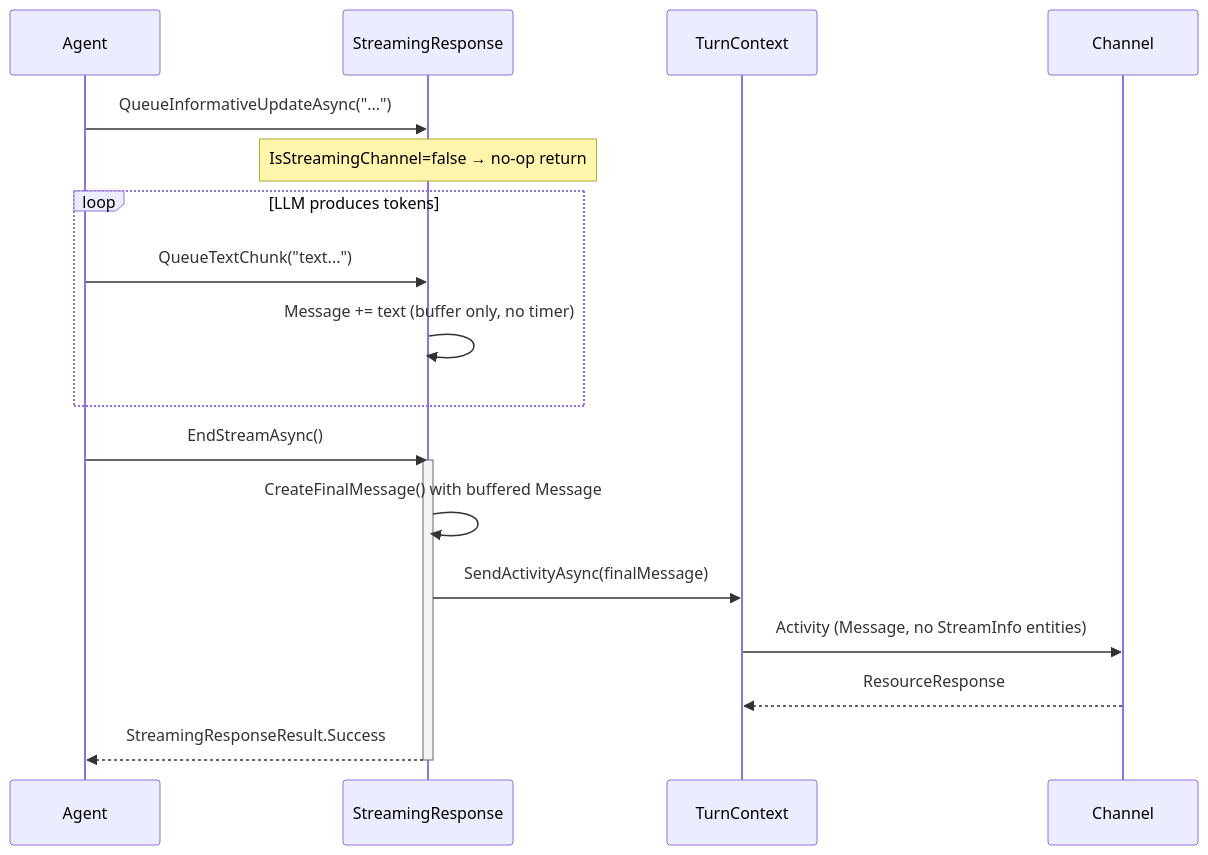
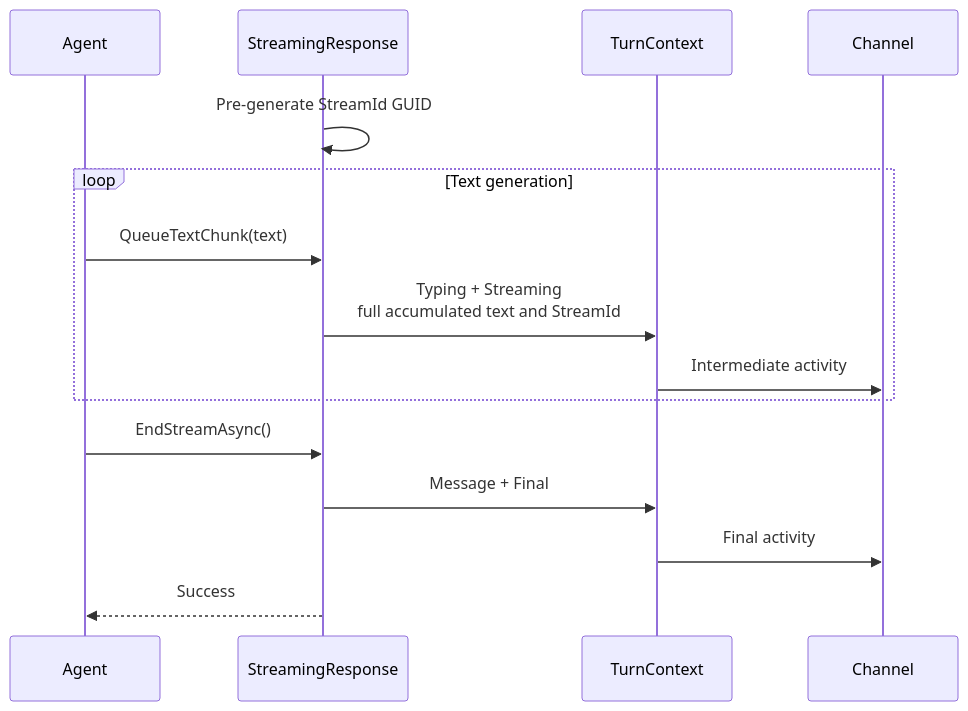
The fifth of 7 diagrams in docs/streaming-response-sequence-diagram.md (microsoft/Agents-for-net), drawn with Mermaid before and after one commit. The commit also changed other lines of this file, not shown here.

Commit message:
Updated streaming response sequence diagram

````diff
--- a/docs/streaming-response-sequence-diagram.md
+++ b/docs/streaming-response-sequence-diagram.md
@@ -92,24 +207,18 @@
 ```mermaid
 sequenceDiagram
     participant Agent
-    participant StreamingResponse
-    participant TurnContext
+    participant Response as StreamingResponse
+    participant Context as TurnContext
     participant Channel
 
-    Agent->>StreamingResponse: QueueInformativeUpdateAsync("...")
-    Note over StreamingResponse: IsStreamingChannel=false → no-op return
-
-    loop LLM produces tokens
-        Agent->>StreamingResponse: QueueTextChunk("text...")
-        StreamingResponse->>StreamingResponse: Message += text (buffer only, no timer)
+    Response->>Response: Pre-generate StreamId GUID
+    loop Text generation
+        Agent->>Response: QueueTextChunk(text)
+        Response->>Context: Typing + Streaming<br/>full accumulated text and StreamId
+        Context->>Channel: Intermediate activity
     end
-
-    Agent->>StreamingResponse: EndStreamAsync()
-    activate StreamingResponse
-    StreamingResponse->>StreamingResponse: CreateFinalMessage() with buffered Message
-    StreamingResponse->>TurnContext: SendActivityAsync(finalMessage)
-    TurnContext->>Channel: Activity (Message, no StreamInfo entities)
-    Channel-->>TurnContext: ResourceResponse
-    StreamingResponse-->>Agent: StreamingResponseResult.Success
-    deactivate StreamingResponse
+    Agent->>Response: EndStreamAsync()
+    Response->>Context: Message + Final
+    Context->>Channel: Final activity
+    Response-->>Agent: Success
 ```
````
